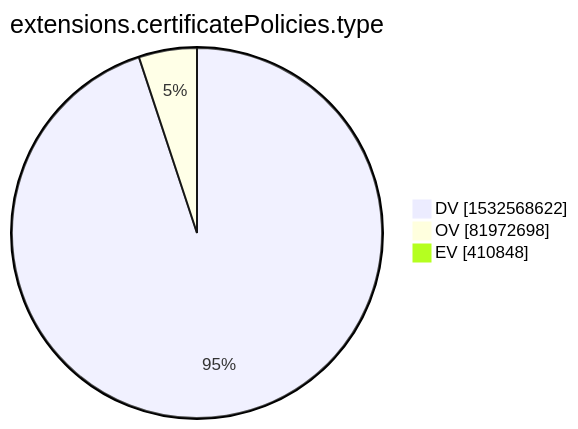
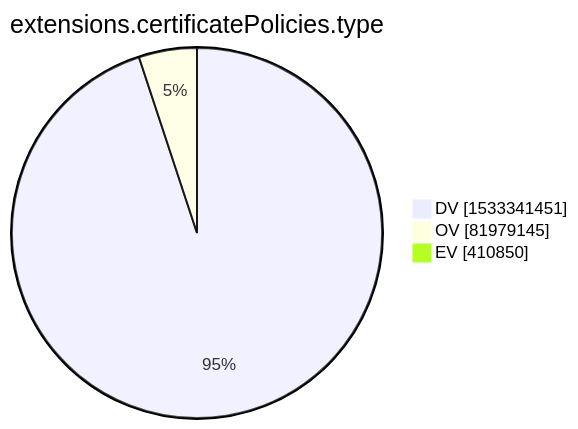
One commit to christiankrug/ctmonitor_visualization changed the tenth of 15 diagrams in xenon2022/README.md. Above: the diagram before and after it, drawn with Mermaid. The commit also changed other lines of this file, not shown here.

````diff
--- a/xenon2022/README.md
+++ b/xenon2022/README.md
@@ -2875,7 +2875,7 @@
 ```mermaid
 pie showData
 title extensions.certificatePolicies.type
-"DV" :1532568622
-"OV" :81972698
-"EV" :410848
+"DV" :1533341451
+"OV" :81979145
+"EV" :410850
 ```
````
